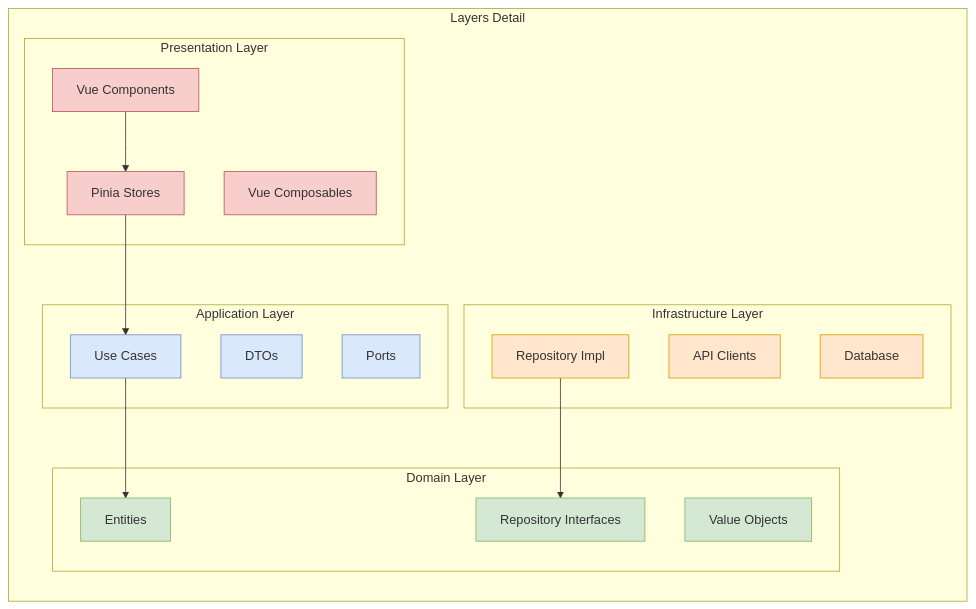
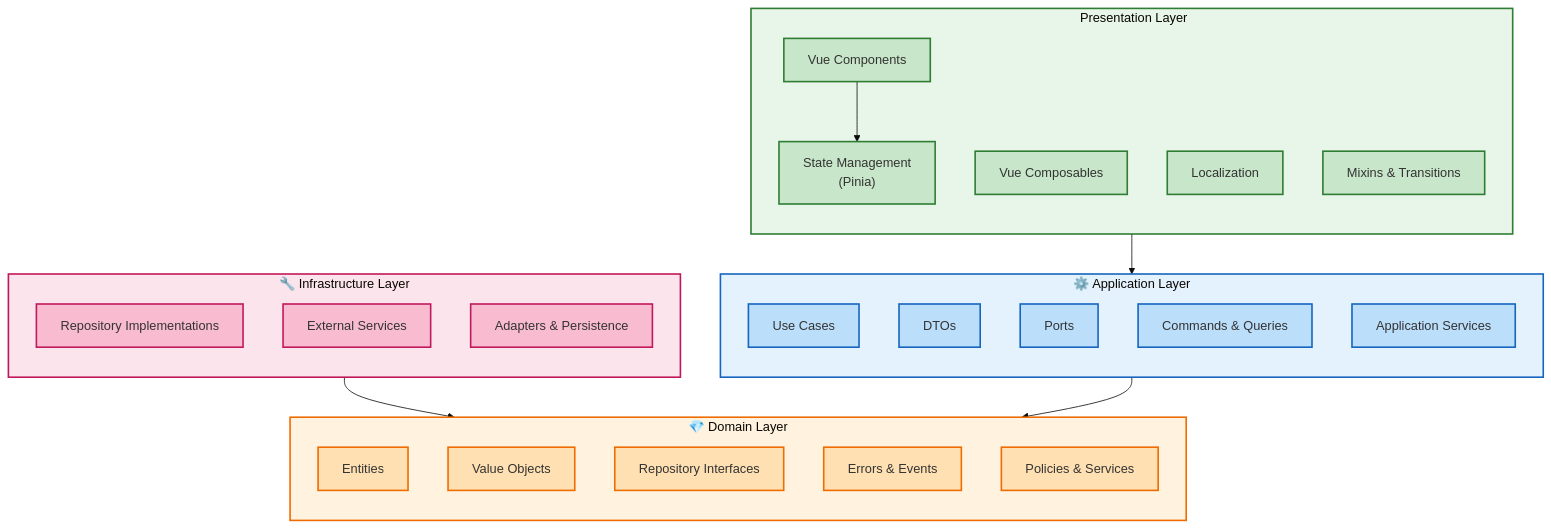
One commit to giak/user-story-mapping-clean changed the first of 3 diagrams in docs/clean-architecture/01-introduction/01-overview.md. Above: the diagram before and after it, drawn with Mermaid. The commit also changed other lines of this file and 18 other files, not shown here.

````diff
--- a/docs/clean-architecture/01-introduction/01-overview.md
+++ b/docs/clean-architecture/01-introduction/01-overview.md
@@ -122,46 +79,65 @@
 ```mermaid
-graph TB
-    subgraph "Layers Detail"
+---
+config:
+  theme: base
+  look: classic
+---
+flowchart TB
+    subgraph Presentation["️ Presentation Layer"]
         direction TB
+        UI["Vue Components"]
+        Store["State Management<br>(Pinia)"]
+        Composables["Vue Composables"]
+        I18n["Localization"]
+        Mixins["Mixins & Transitions"]
+    end
 
-        subgraph Presentation["Presentation Layer"]
-            VUE[Vue Components]
-            STORE[Pinia Stores]
-            COMPOSABLES[Vue Composables]
-        end
+    subgraph Application["⚙️ Application Layer"]
+        direction TB
+        UseCases["Use Cases"]
+        DTOs["DTOs"]
+        Ports["Ports"]
+        CQRS["Commands & Queries"]
+        AppServices["Application Services"]
+    end
 
-        subgraph Application["Application Layer"]
-            USECASES[Use Cases]
-            DTOS[DTOs]
-            PORTS[Ports]
-        end
+    subgraph Domain["💎 Domain Layer"]
+        direction TB
+        Entities["Entities"]
+        ValueObjects["Value Objects"]
+        Repositories["Repository Interfaces"]
+        DomainEvents["Errors & Events"]
+        DomainServices["Policies & Services"]
+    end
 
-        subgraph Domain["Domain Layer"]
-            ENTITIES[Entities]
-            VALUEOBJ[Value Objects]
-            REPOS[Repository Interfaces]
-        end
+    subgraph Infrastructure["🔧 Infrastructure Layer"]
+        direction TB
+        RepoImpl["Repository Implementations"]
+        ExternalServices["External Services"]
+        Adapters["Adapters & Persistence"]
+    end
 
-        subgraph Infrastructure["Infrastructure Layer"]
-            REPOIMPL[Repository Impl]
-            API[API Clients]
-            DB[Database]
-        end
+    %% Connexions entre les couches
+    UI --> Store
+    Store --> UseCases
+    UseCases --> Entities
+    RepoImpl --> Repositories
 
-        %% Connections
-        VUE --> STORE
-        STORE --> USECASES
-        USECASES --> ENTITIES
-        REPOIMPL --> REPOS
+    %% Styles
+    classDef presentation fill:#C8E6C9,stroke:#2E7D32,stroke-width:2px
+    classDef application fill:#BBDEFB,stroke:#1565C0,stroke-width:2px
+    classDef domain fill:#FFE0B2,stroke:#EF6C00,stroke-width:2px
+    classDef infrastructure fill:#F8BBD0,stroke:#C2185B,stroke-width:2px
 
-        classDef presentation fill:#f8cecc,stroke:#b85450;
-        classDef application fill:#dae8fc,stroke:#6c8ebf;
-        classDef domain fill:#d5e8d4,stroke:#82b366;
-        classDef infrastructure fill:#ffe6cc,stroke:#d79b00;
+    %% Application des styles
+    class UI,Store,Composables,I18n,Mixins presentation
+    class UseCases,DTOs,Ports,CQRS,AppServices application
+    class Entities,ValueObjects,Repositories,DomainEvents,DomainServices domain
+    class RepoImpl,ExternalServices,Adapters infrastructure
 
-        class VUE,STORE,COMPOSABLES presentation;
-        class USECASES,DTOS,PORTS application;
-        class ENTITIES,VALUEOBJ,REPOS domain;
-        class REPOIMPL,API,DB infrastructure;
-    end
+    %% Styles des subgraphs
+    style Presentation fill:#E8F5E9,stroke:#2E7D32,stroke-width:2px
+    style Application fill:#E3F2FD,stroke:#1565C0,stroke-width:2px
+    style Domain fill:#FFF3E0,stroke:#EF6C00,stroke-width:2px
+    style Infrastructure fill:#FCE4EC,stroke:#C2185B,stroke-width:2px
 ```
````
